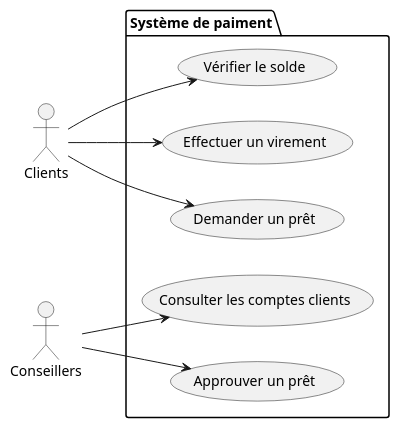
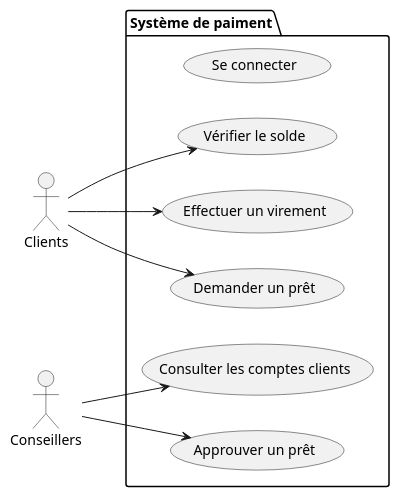
Before and after one commit to filkat34/UEL315_S1: the diagram in usecases.plantuml, drawn with PlantUML.

Commit message:
add: UC0

```diff
--- a/usecases.plantuml
+++ b/usecases.plantuml
@@ -1,23 +1,24 @@
 @startuml Diagramme des classes d'utilisation
 left to right direction
 
 /' Définition des acteurs '/
 :Clients:
 :Conseillers:
 
 /' Définition des cas d'utilisation '/
 package "Système de paiment"{
+usecase "Se connecter" as UC0
 usecase "Vérifier le solde" as UC1
 usecase "Effectuer un virement" as UC2
 usecase "Demander un prêt" as UC3
 usecase "Consulter les comptes clients" as UC4
 usecase "Approuver un prêt" as UC5
 }
 /' Associations entre acteurs et cas d'utilisation '/
 :Clients: --> UC1
 :Clients: --> UC2
 :Clients: --> UC3
 :Conseillers: --> UC4
 :Conseillers: --> UC5
 
 @enduml
```
